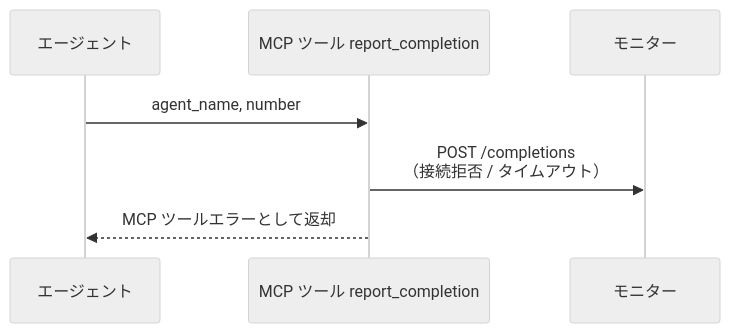
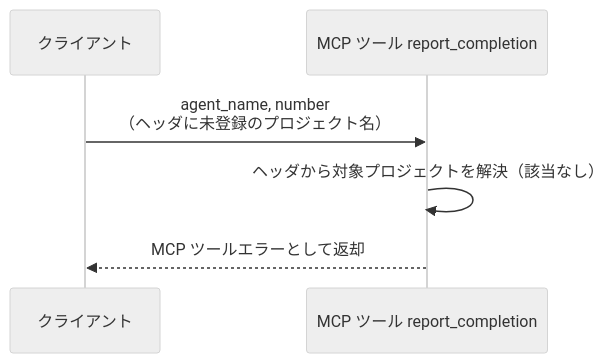
One commit to shuhei1101/ai-monitor changed the third of 3 diagrams in docs/wiki/設計図/バックエンド結合/作業完了報告.py.md. Above: the diagram before and after it, drawn with Mermaid (neutral theme). The commit also changed other lines of this file and 67 other files, not shown here.

````diff
--- a/docs/wiki/設計図/バックエンド結合/作業完了報告.py.md
+++ b/docs/wiki/設計図/バックエンド結合/作業完了報告.py.md
@@ -148,10 +138,9 @@
 ```mermaid
 sequenceDiagram
-  participant A as エージェント
-  participant T as MCP ツール report_completion
-  participant MON as モニター
+  participant C as クライアント
+  participant IF as MCP ツール report_completion
 
-  A->>T: agent_name, number
-  T->>MON: POST /completions<br>（接続拒否 / タイムアウト）
-  T-->>A: MCP ツールエラーとして返却
+  C->>IF: agent_name, number<br>（ヘッダに未登録のプロジェクト名）
+  IF->>IF: ヘッダから対象プロジェクトを解決（該当なし）
+  IF-->>C: MCP ツールエラーとして返却
 ```
````
